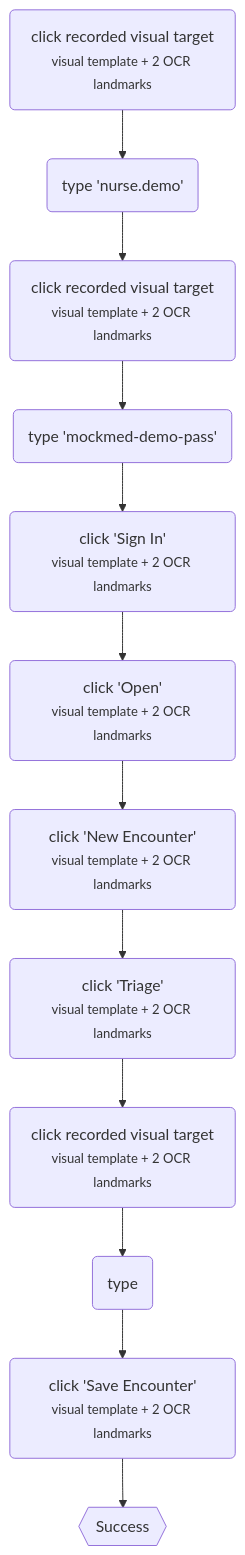
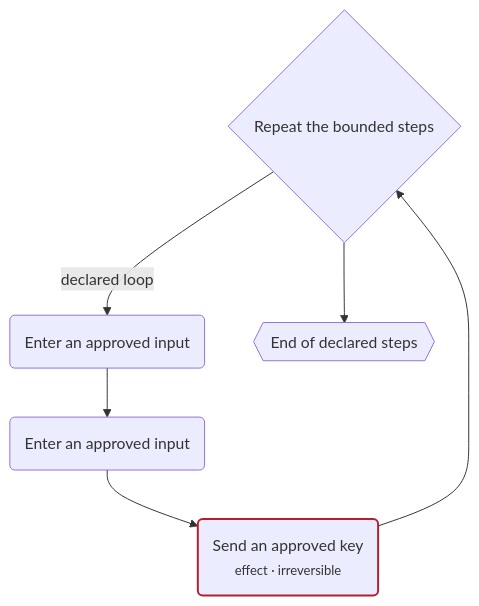
One commit to OpenAdaptAI/OpenAdapt changed the diagram in packages/flow/docs/VISUALIZE.md. Above: the diagram before and after it, drawn with Mermaid. The commit also changed other lines of this file and 13 other files, not shown here.

````diff
--- a/packages/flow/docs/VISUALIZE.md
+++ b/packages/flow/docs/VISUALIZE.md
@@ -92,28 +114,17 @@
 ```mermaid
 flowchart TD
-  n0("click recorded visual target<br/><small>visual template + 2 OCR landmarks</small>")
-  n1("type 'nurse.demo'")
-  n2("click recorded visual target<br/><small>visual template + 2 OCR landmarks</small>")
-  n3("type 'mockmed-demo-pass'")
-  n4("click 'Sign In'<br/><small>visual template + 2 OCR landmarks</small>")
-  n5("click 'Open'<br/><small>visual template + 2 OCR landmarks</small>")
-  n6("click 'New Encounter'<br/><small>visual template + 2 OCR landmarks</small>")
-  n7("click 'Triage'<br/><small>visual template + 2 OCR landmarks</small>")
-  n8("click recorded visual target<br/><small>visual template + 2 OCR landmarks</small>")
-  n9("type <note>")
-  n10("click 'Save Encounter'<br/><small>visual template + 2 OCR landmarks</small>")
-  n11{{"Success"}}
-  n0 --> n1
+  n0{"Repeat the bounded steps"}
+  n1("Enter an approved input")
+  n2("Enter an approved input")
+  n3("Send an approved key<br/><small>effect · irreversible</small>")
+  n4{{"End of declared steps"}}
+  n0 -->|declared loop| n1
   n1 --> n2
   n2 --> n3
-  n3 --> n4
-  n4 --> n5
-  n5 --> n6
-  n6 --> n7
-  n7 --> n8
-  n8 --> n9
-  n9 --> n10
-  n10 --> n11
+  n3 --> n0
+  n0 --> n4
   classDef irreversible stroke:#b4530a,stroke-width:2px;
   classDef halt stroke:#b21f2d,stroke-width:2px;
+  class n3 irreversible;
+  class n3 halt;
 ```
````
